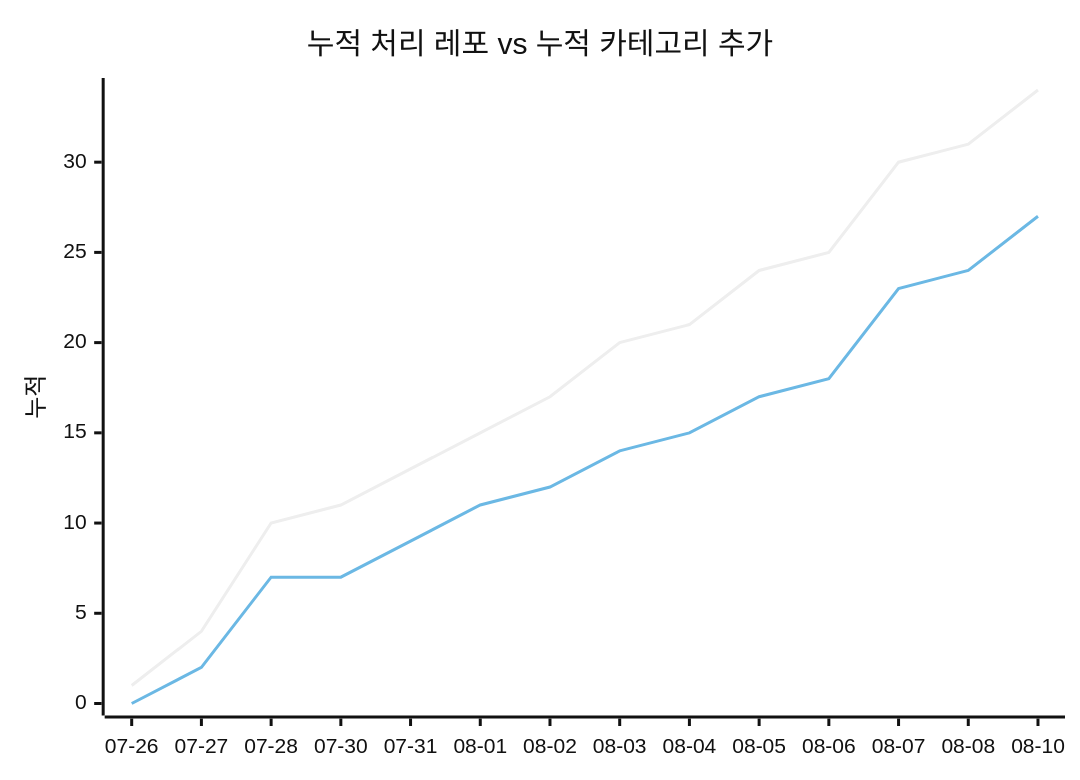
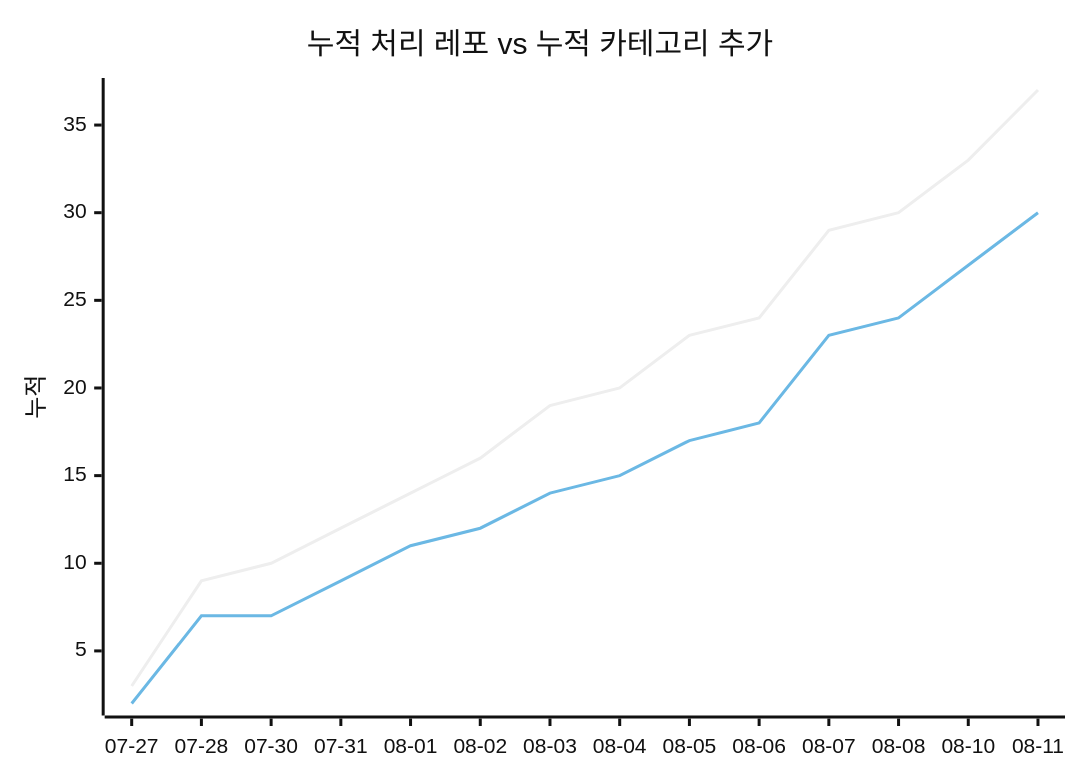
The second of 2 diagrams in docs/trends.md (J-nowcow/awesome-korean-agent-skills), drawn with Mermaid (neutral theme) before and after one commit. The commit also changed other lines of this file and 6 other files, not shown here.

````diff
--- a/docs/trends.md
+++ b/docs/trends.md
@@ -68,8 +68,8 @@
 ```mermaid
 xychart-beta
     title "누적 처리 레포 vs 누적 카테고리 추가"
-    x-axis ["07-26","07-27","07-28","07-30","07-31","08-01","08-02","08-03","08-04","08-05","08-06","08-07","08-08","08-10"]
+    x-axis ["07-27","07-28","07-30","07-31","08-01","08-02","08-03","08-04","08-05","08-06","08-07","08-08","08-10","08-11"]
     y-axis "누적"
-    line [1,4,10,11,13,15,17,20,21,24,25,30,31,34]
-    line [0,2,7,7,9,11,12,14,15,17,18,23,24,27]
+    line [3,9,10,12,14,16,19,20,23,24,29,30,33,37]
+    line [2,7,7,9,11,12,14,15,17,18,23,24,27,30]
 ```
````
